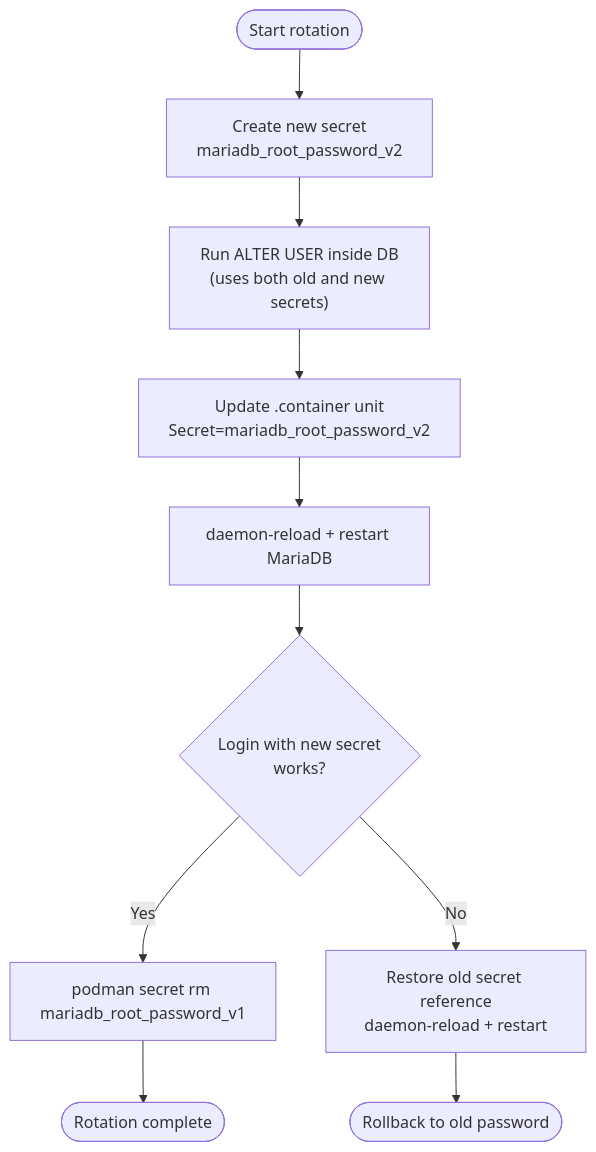
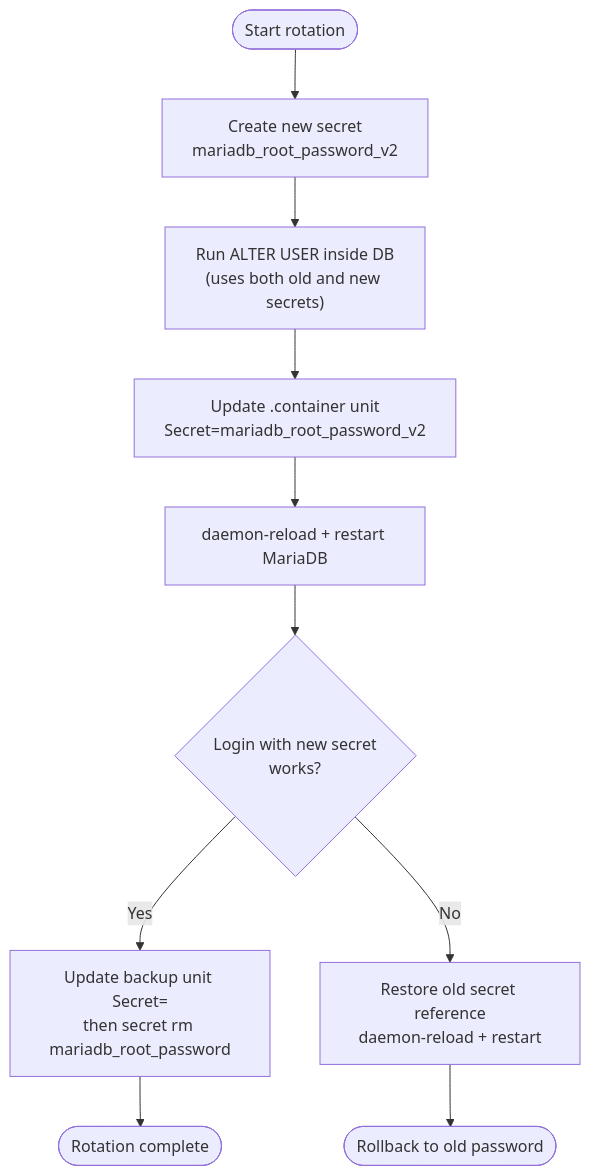
The fourth of 4 diagrams in modules/80-capstone.md (UncleJS/course_podman), drawn with Mermaid before and after one commit. The commit also changed other lines of this file and 58 other files, not shown here.

````diff
--- a/modules/80-capstone.md
+++ b/modules/80-capstone.md
@@ -446,12 +442,12 @@
 ```mermaid
 flowchart TD
     A(["Start rotation"]) --> B["Create new secret<br/>mariadb_root_password_v2"]
     B --> C["Run ALTER USER inside DB<br/>(uses both old and new secrets)"]
     C --> D["Update .container unit<br/>Secret=mariadb_root_password_v2"]
     D --> E["daemon-reload + restart MariaDB"]
     E --> F{"Login with new secret<br/>works?"}
-    F -->|"Yes"| G["podman secret rm mariadb_root_password_v1"]
+    F -->|"Yes"| G["Update backup unit Secret=<br/>then secret rm mariadb_root_password"]
     F -->|"No"| H["Restore old secret reference<br/>daemon-reload + restart"]
     G --> I(["Rotation complete"])
     H --> J(["Rollback to old password"])
 ```
````
